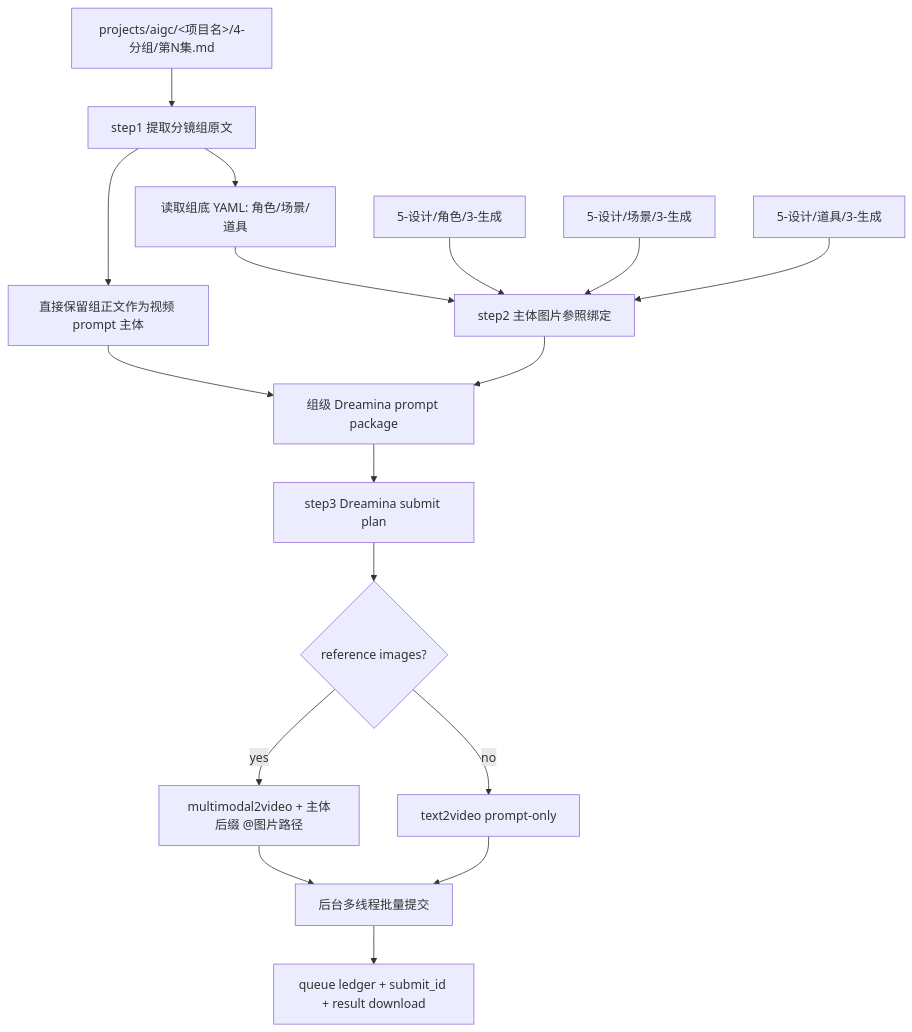
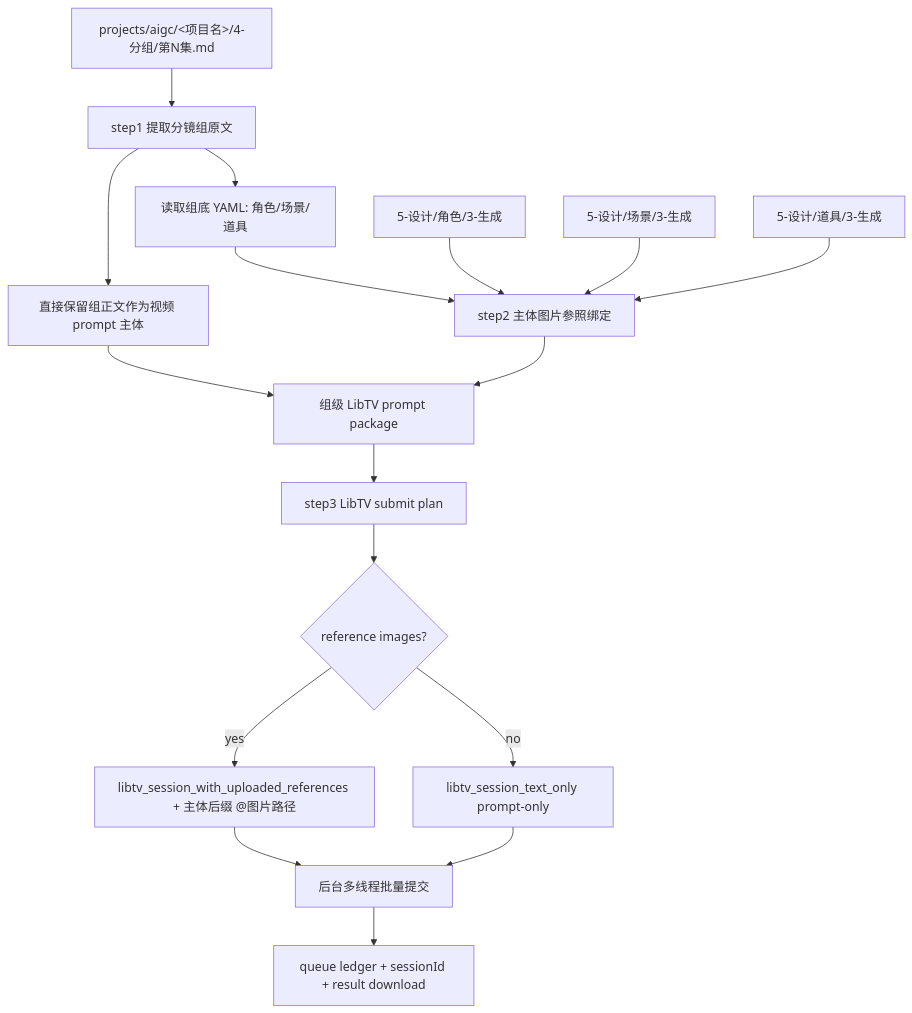
One commit to ZEN-VOID/AI-CUT changed the first of 2 diagrams in .agents/skills/aigc/7-视频/C-主体参照/SKILL.md. Above: the diagram before and after it, drawn with Mermaid. The commit also changed other lines of this file and 173 other files, not shown here.

````diff
--- a/.agents/skills/aigc/7-视频/C-主体参照/SKILL.md
+++ b/.agents/skills/aigc/7-视频/C-主体参照/SKILL.md
@@ -99,19 +110,19 @@
 ```mermaid
 flowchart TD
     A["projects/aigc/<项目名>/4-分组/第N集.md"] --> B["step1 提取分镜组原文"]
     B --> C["直接保留组正文作为视频 prompt 主体"]
     B --> D["读取组底 YAML: 角色/场景/道具"]
     D --> E["step2 主体图片参照绑定"]
     F["5-设计/角色/3-生成"] --> E
     G["5-设计/场景/3-生成"] --> E
     H["5-设计/道具/3-生成"] --> E
-    C --> I["组级 Dreamina prompt package"]
+    C --> I["组级 LibTV prompt package"]
     E --> I
-    I --> J["step3 Dreamina submit plan"]
+    I --> J["step3 LibTV submit plan"]
     J --> K{"reference images?"}
-    K -->|"yes"| L["multimodal2video + 主体后缀 @图片路径"]
-    K -->|"no"| M["text2video prompt-only"]
+    K -->|"yes"| L["libtv_session_with_uploaded_references + 主体后缀 @图片路径"]
+    K -->|"no"| M["libtv_session_text_only prompt-only"]
     L --> N["后台多线程批量提交"]
     M --> N
-    N --> O["queue ledger + submit_id + result download"]
+    N --> O["queue ledger + sessionId + result download"]
 ```
````
